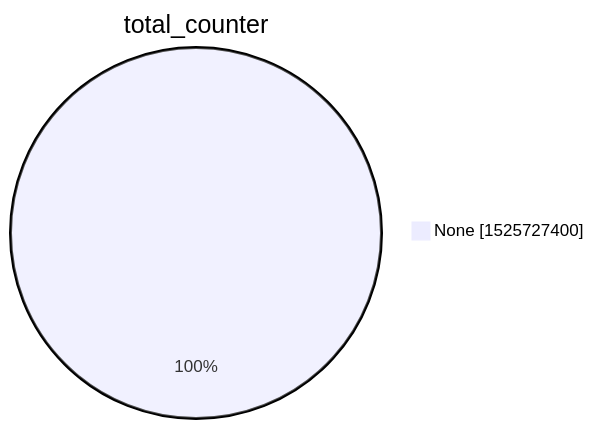
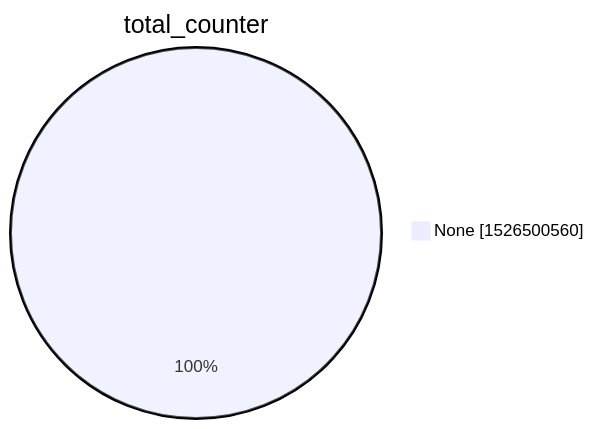
Before and after one commit to christiankrug/ctmonitor_visualization: the second of 15 diagrams in xenon2022/README.md, drawn with Mermaid. The commit also changed other lines of this file, not shown here.

````diff
--- a/xenon2022/README.md
+++ b/xenon2022/README.md
@@ -9,5 +9,5 @@
 ```mermaid
 pie showData
 title total_counter
-"None" :1525727400
+"None" :1526500560
 ```
````
